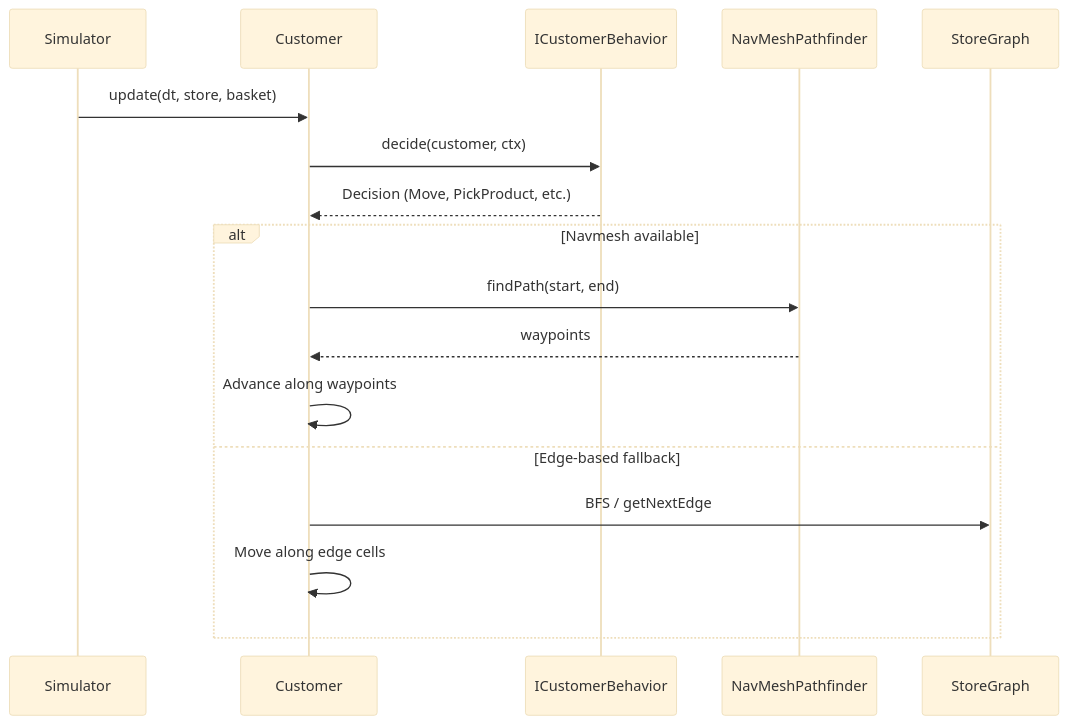
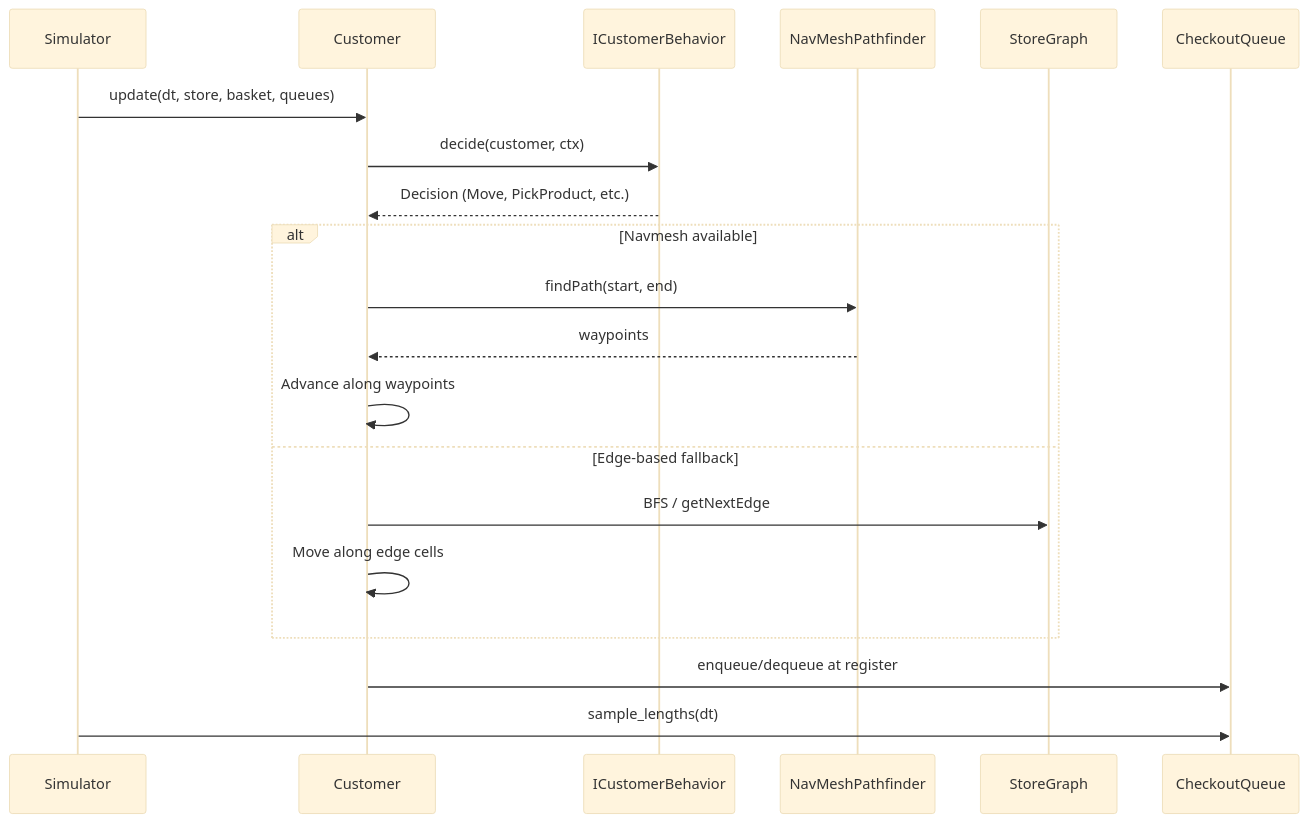
One commit to KristianKrattiger/PriceRiot changed the third of 3 diagrams in cxx/docs/ARCHITECTURE.md. Above: the diagram before and after it, drawn with Mermaid (base theme). The commit also changed other lines of this file and 3388 other files, not shown here.

````diff
--- a/cxx/docs/ARCHITECTURE.md
+++ b/cxx/docs/ARCHITECTURE.md
@@ -132,20 +142,23 @@
 ```mermaid
 sequenceDiagram
     participant Sim as Simulator
     participant Cust as Customer
     participant Beh as ICustomerBehavior
     participant Nav as NavMeshPathfinder
     participant Store as StoreGraph
+    participant Queue as CheckoutQueue
 
-    Sim->>Cust: update(dt, store, basket)
+    Sim->>Cust: update(dt, store, basket, queues)
     Cust->>Beh: decide(customer, ctx)
     Beh-->>Cust: Decision (Move, PickProduct, etc.)
     alt Navmesh available
         Cust->>Nav: findPath(start, end)
         Nav-->>Cust: waypoints
         Cust->>Cust: Advance along waypoints
     else Edge-based fallback
         Cust->>Store: BFS / getNextEdge
         Cust->>Cust: Move along edge cells
     end
+    Cust->>Queue: enqueue/dequeue at register
+    Sim->>Queue: sample_lengths(dt)
 ```
````
